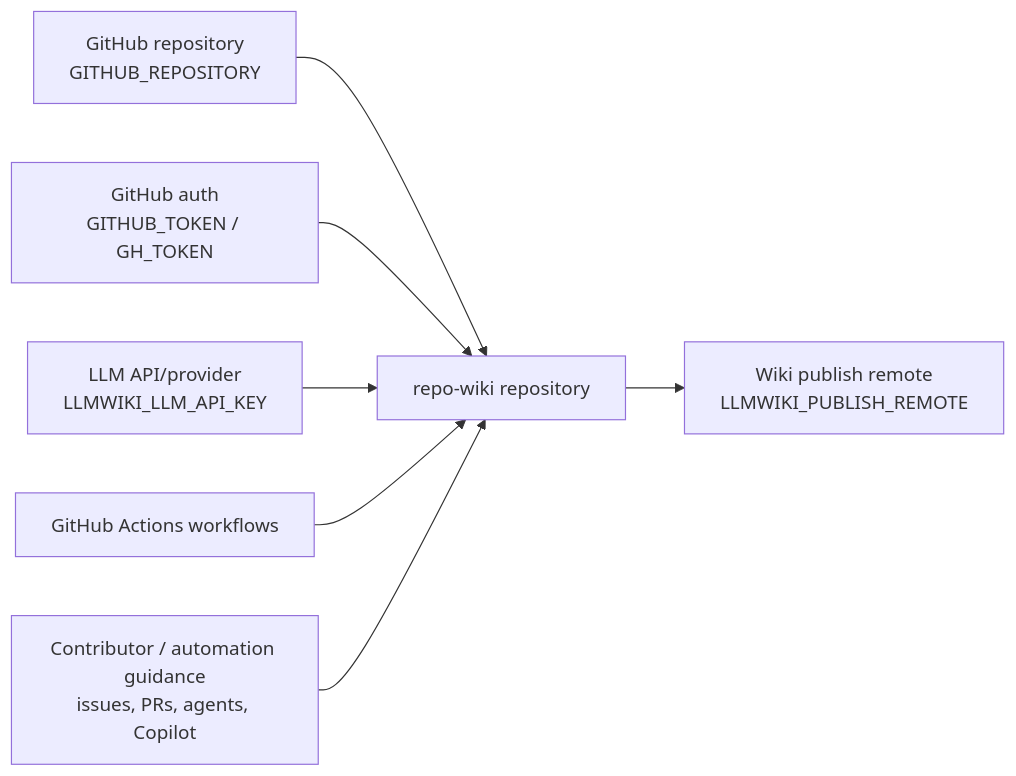
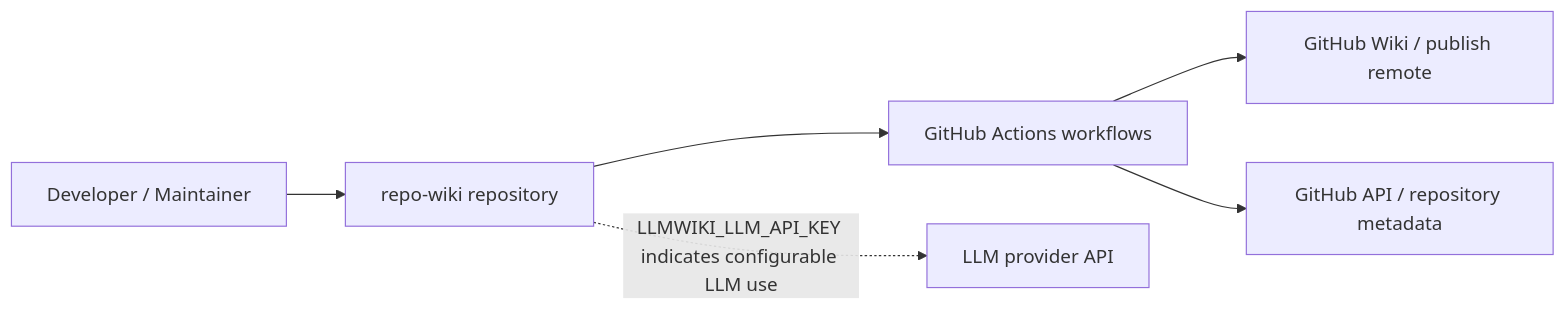
One commit to mfittko/repo-wiki changed the first of 4 diagrams in Architecture.md. Above: the diagram before and after it, drawn with Mermaid. The commit also changed other lines of this file and 45 other files, not shown here.

Commit message:
Compile repository wiki 2026-05-16T13:01:11.552Z

````diff
--- a/Architecture.md
+++ b/Architecture.md
@@ -48,18 +43,15 @@
 ```mermaid
 flowchart LR
+  User["Developer / Maintainer"]
   Repo["repo-wiki repository"]
+  Actions["GitHub Actions workflows"]
+  WikiRemote["GitHub Wiki / publish remote"]
+  GitHubAPI["GitHub API / repository metadata"]
+  LLM["LLM provider API"]
 
-  GitHubRepo["GitHub repository<br/>GITHUB_REPOSITORY"]
-  GitHubAuth["GitHub auth<br/>GITHUB_TOKEN / GH_TOKEN"]
-  LLM["LLM API/provider<br/>LLMWIKI_LLM_API_KEY"]
-  WikiRemote["Wiki publish remote<br/>LLMWIKI_PUBLISH_REMOTE"]
-  Actions["GitHub Actions workflows"]
-  Governance["Contributor / automation guidance<br/>issues, PRs, agents, Copilot"]
-
-  GitHubRepo --> Repo
-  GitHubAuth --> Repo
-  LLM --> Repo
-  Repo --> WikiRemote
-  Actions --> Repo
-  Governance --> Repo
+  User --> Repo
+  Repo --> Actions
+  Actions --> WikiRemote
+  Actions --> GitHubAPI
+  Repo -. "LLMWIKI_LLM_API_KEY indicates configurable LLM use" .-> LLM
 ```
````
